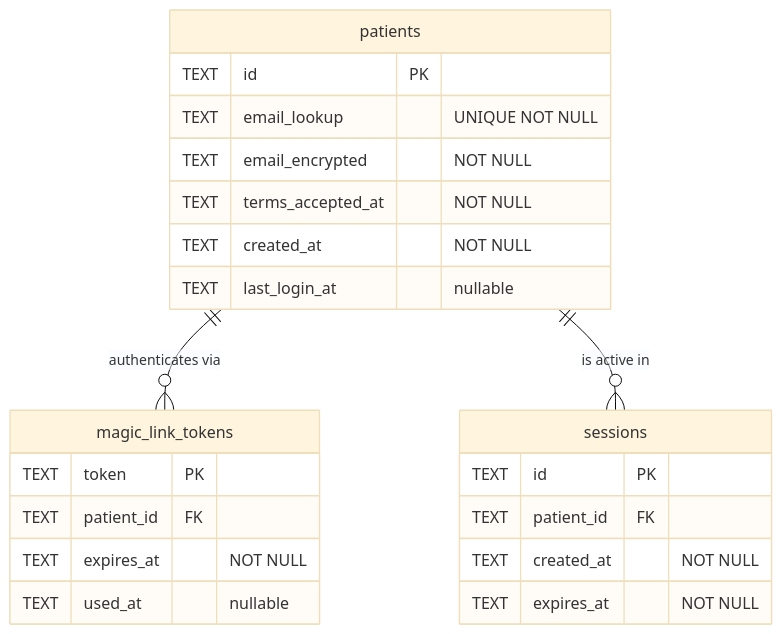
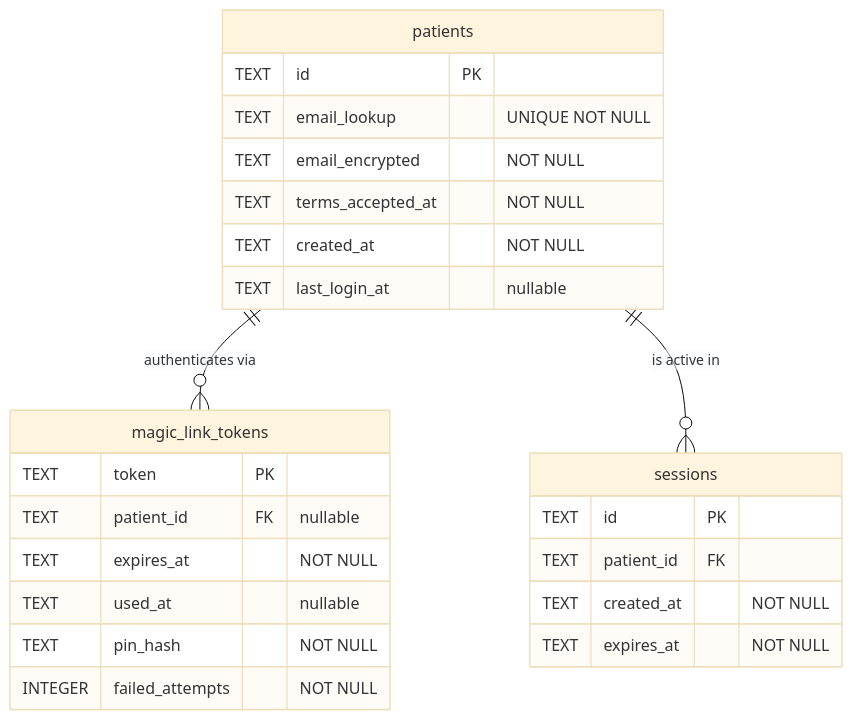
One commit to ianjmacintosh/pillbug changed the second of 4 diagrams in CONTEXT.md. Above: the diagram before and after it, drawn with Mermaid (base theme). The commit also changed other lines of this file, not shown here.

First line of the commit message:
Update CONTEXT.md data model to match post-#117/#118 schema

````diff
--- a/CONTEXT.md
+++ b/CONTEXT.md
@@ -175,28 +175,30 @@
 ```mermaid
 erDiagram
     patients {
         TEXT id PK
         TEXT email_lookup "UNIQUE NOT NULL"
         TEXT email_encrypted "NOT NULL"
         TEXT terms_accepted_at "NOT NULL"
         TEXT created_at "NOT NULL"
         TEXT last_login_at "nullable"
     }
 
     magic_link_tokens {
         TEXT token PK
-        TEXT patient_id FK
+        TEXT patient_id FK "nullable"
         TEXT expires_at "NOT NULL"
         TEXT used_at "nullable"
+        TEXT pin_hash "NOT NULL"
+        INTEGER failed_attempts "NOT NULL"
     }
 
     sessions {
         TEXT id PK
         TEXT patient_id FK
         TEXT created_at "NOT NULL"
         TEXT expires_at "NOT NULL"
     }
 
     patients ||--o{ magic_link_tokens : "authenticates via"
     patients ||--o{ sessions : "is active in"
 ```
````
